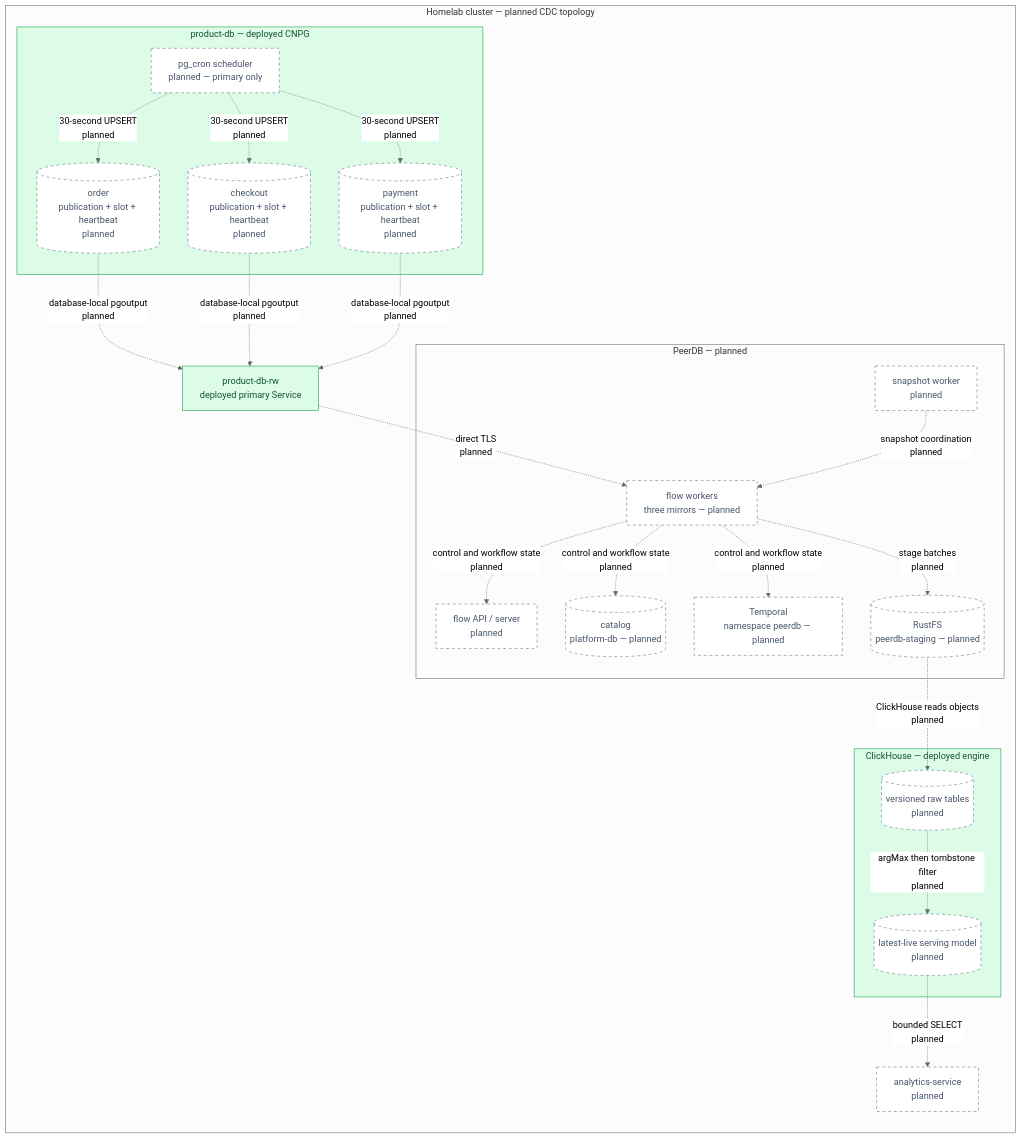
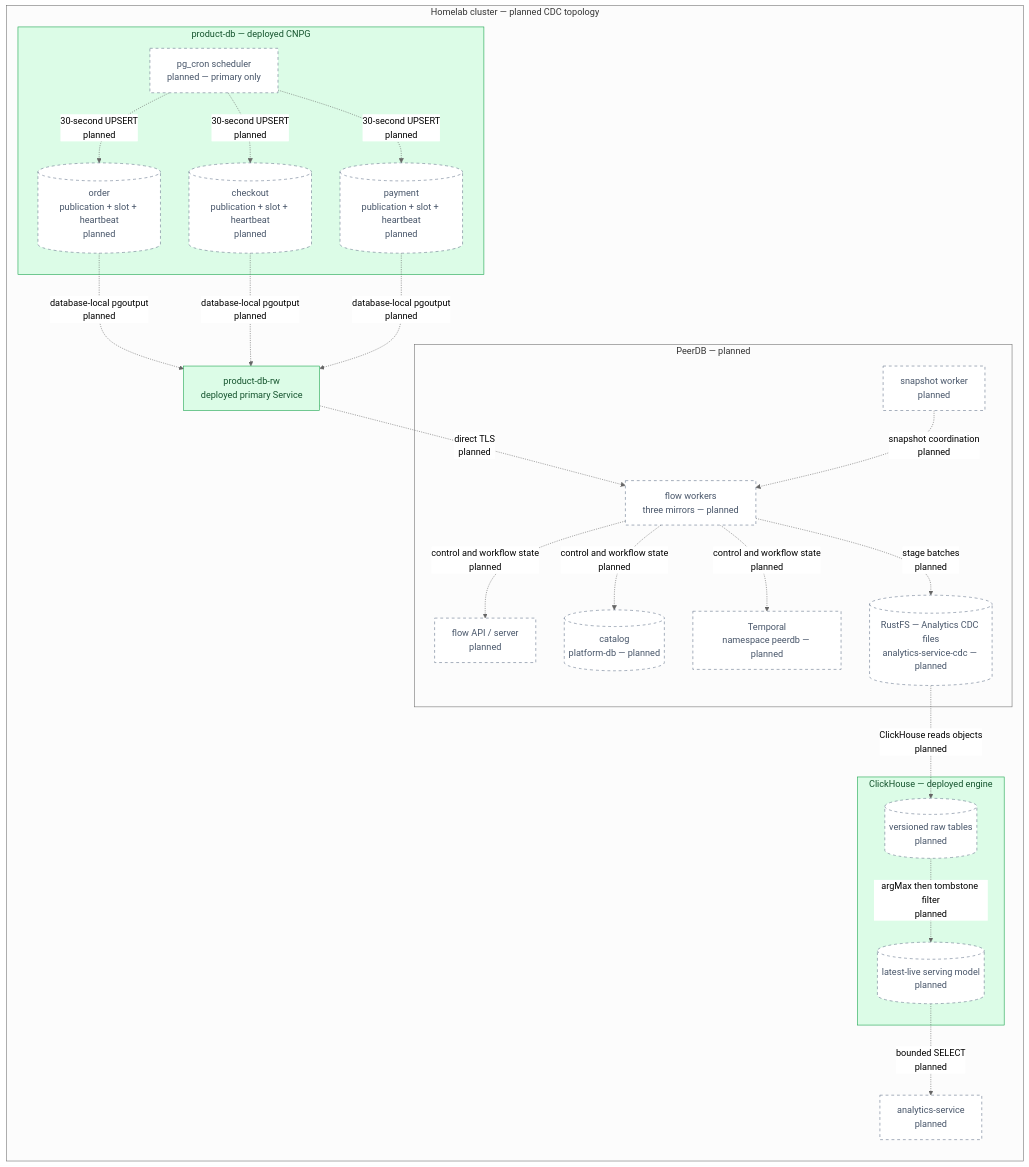
One commit to duynhlab/homelab changed the first of 2 diagrams in docs/proposals/rfc/RFC-0030/research.md. Above: the diagram before and after it, drawn with Mermaid (neutral theme). The commit also changed other lines of this file and 9 other files, not shown here.

Commit message:
Align CDC resource names with analytics service

````diff
--- a/docs/proposals/rfc/RFC-0030/research.md
+++ b/docs/proposals/rfc/RFC-0030/research.md
@@ -126,45 +128,45 @@
 ```mermaid
 flowchart LR
   subgraph CLUSTER["Homelab cluster — planned CDC topology"]
   subgraph PG["product-db — deployed CNPG"]
     CRON["pg_cron scheduler<br/>planned — primary only"]
     ORD[("order<br/>publication + slot + heartbeat<br/>planned")]
     CHECK[("checkout<br/>publication + slot + heartbeat<br/>planned")]
     PAY[("payment<br/>publication + slot + heartbeat<br/>planned")]
   end
 
   RW["product-db-rw<br/>deployed primary Service"]
 
   subgraph PDB["PeerDB — planned"]
     FLOW["flow workers<br/>three mirrors — planned"]
     SNAP["snapshot worker<br/>planned"]
     CTRL["flow API / server<br/>planned"]
     CAT[("catalog<br/>platform-db — planned")]
     TEMP["Temporal<br/>namespace peerdb — planned"]
-    STAGE[("RustFS<br/>peerdb-staging — planned")]
+    STAGE[("RustFS — Analytics CDC files<br/>analytics-service-cdc — planned")]
   end
 
   subgraph CH["ClickHouse — deployed engine"]
     RAW[("versioned raw tables<br/>planned")]
     SERVE[("latest-live serving model<br/>planned")]
   end
 
   API["analytics-service<br/>planned"]
 
   CRON -.->|"30-second UPSERT<br/>planned"| ORD & CHECK & PAY
   ORD & CHECK & PAY -.->|"database-local pgoutput<br/>planned"| RW
   RW -.->|"direct TLS<br/>planned"| FLOW
   SNAP -.->|"snapshot coordination<br/>planned"| FLOW
   FLOW -.->|"control and workflow state<br/>planned"| CTRL & CAT & TEMP
   FLOW -.->|"stage batches<br/>planned"| STAGE
   STAGE -.->|"ClickHouse reads objects<br/>planned"| RAW
   RAW -.->|"argMax then tombstone filter<br/>planned"| SERVE
   SERVE -.->|"bounded SELECT<br/>planned"| API
 
   end
 
   classDef data fill:#dcfce7,color:#14532d,stroke:#16a34a;
   classDef planned fill:#fff,color:#475569,stroke:#64748b,stroke-dasharray:5 5;
   class RW,PG,CH data;
   class CRON,ORD,CHECK,PAY,FLOW,SNAP,CTRL,CAT,TEMP,STAGE,RAW,SERVE,API planned;
 ```
````
